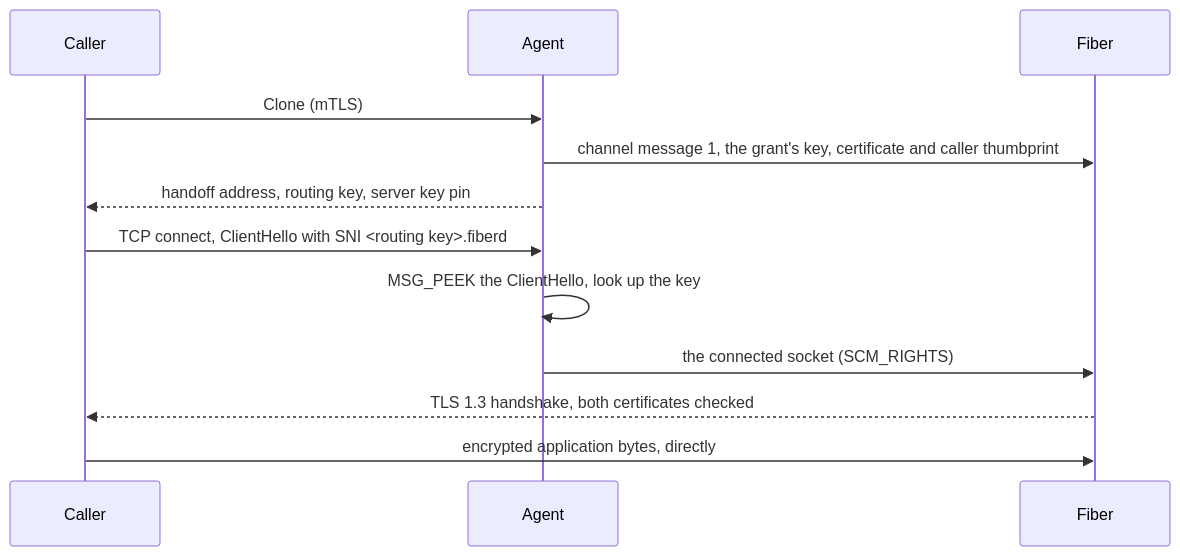
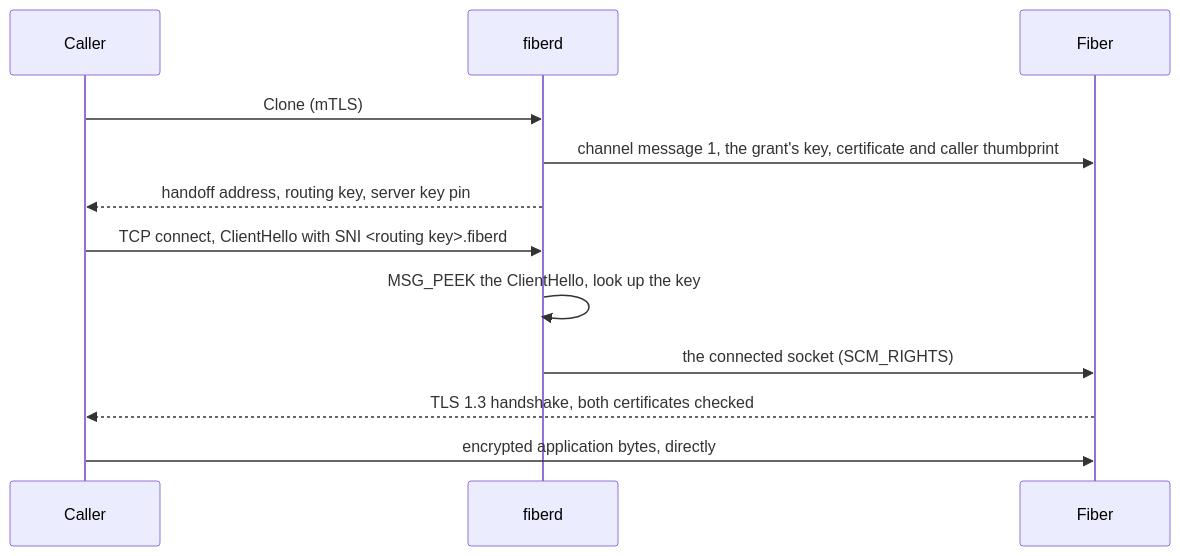
One commit to helayoty/fiberd changed the diagram in docs/design/handoff.md. Above: the diagram before and after it, drawn with Mermaid. The commit also changed other lines of this file and 286 other files, not shown here.

````diff
--- a/docs/design/handoff.md
+++ b/docs/design/handoff.md
@@ -15,14 +15,14 @@
 ```mermaid
 sequenceDiagram
   participant C as Caller
-  participant A as Agent
+  participant A as fiberd
   participant F as Fiber
   C->>A: Clone (mTLS)
   A->>F: channel message 1, the grant's key, certificate and caller thumbprint
   A-->>C: handoff address, routing key, server key pin
   C->>A: TCP connect, ClientHello with SNI <routing key>.fiberd
   A->>A: MSG_PEEK the ClientHello, look up the key
   A->>F: the connected socket (SCM_RIGHTS)
   F-->>C: TLS 1.3 handshake, both certificates checked
   C->>F: encrypted application bytes, directly
 ```
````
